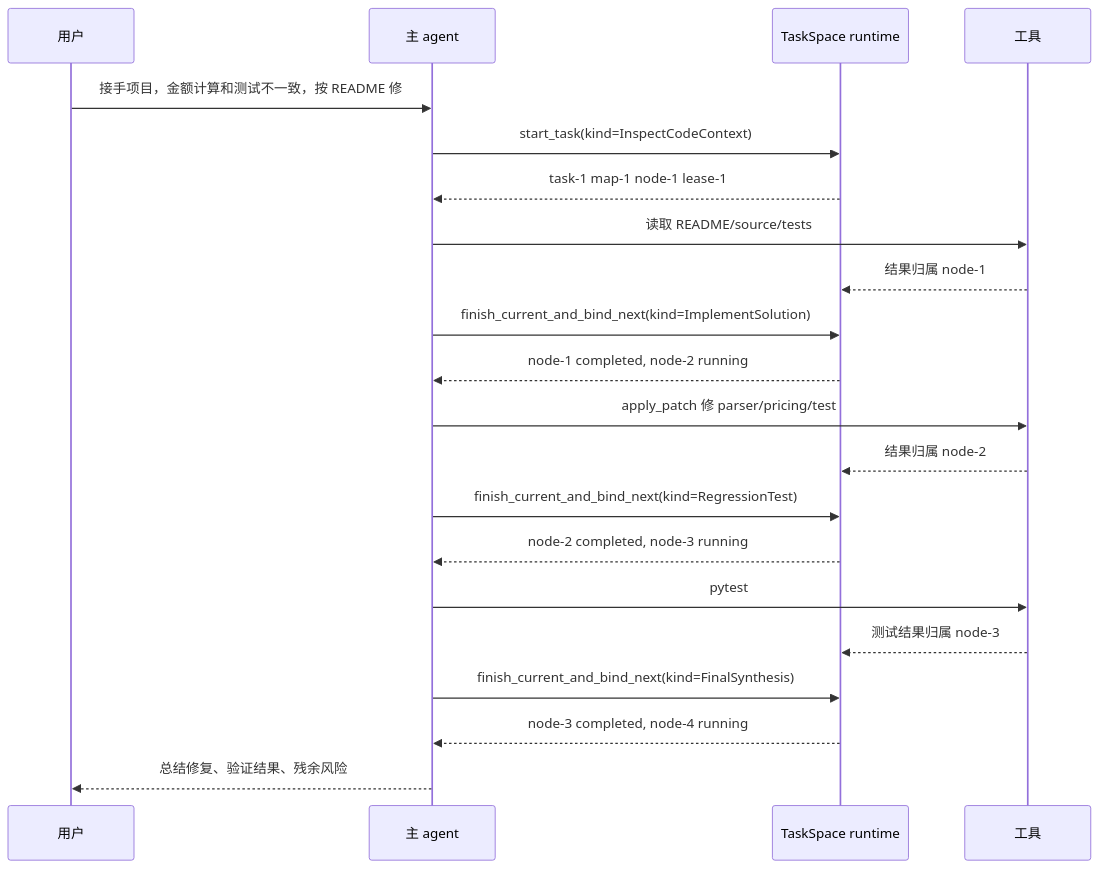
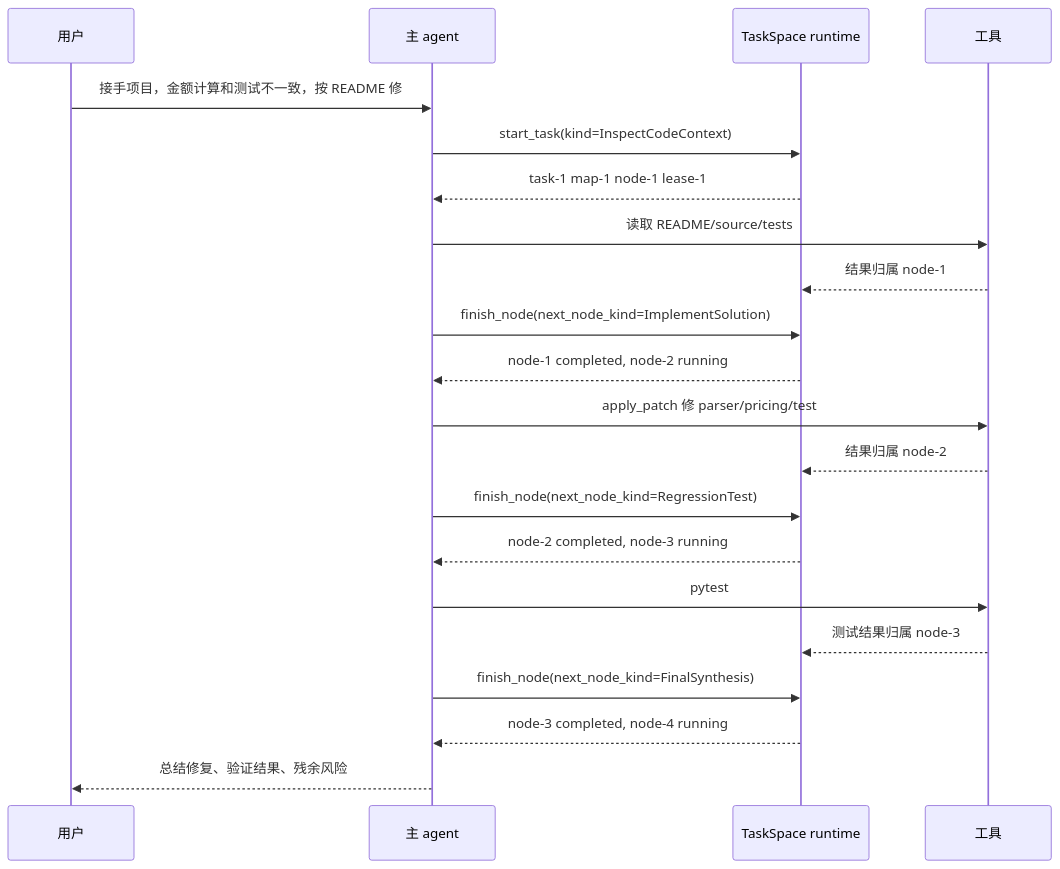
Before and after one commit to ceasarXuu/WhaleCode: the second of 5 diagrams in docs/plans/2026-05-28-map-driven-runtime-control-plane-design.md, drawn with Mermaid. The commit also changed other lines of this file, not shown here.

Commit message:
docs: detail taskspace runtime control engineering

````diff
--- a/docs/plans/2026-05-28-map-driven-runtime-control-plane-design.md
+++ b/docs/plans/2026-05-28-map-driven-runtime-control-plane-design.md
@@ -428,24 +429,24 @@
 ```mermaid
 sequenceDiagram
   participant User as 用户
   participant Agent as 主 agent
   participant Runtime as TaskSpace runtime
   participant Tools as 工具
 
   User->>Agent: 接手项目，金额计算和测试不一致，按 README 修
   Agent->>Runtime: start_task(kind=InspectCodeContext)
   Runtime-->>Agent: task-1 map-1 node-1 lease-1
   Agent->>Tools: 读取 README/source/tests
   Tools-->>Runtime: 结果归属 node-1
-  Agent->>Runtime: finish_current_and_bind_next(kind=ImplementSolution)
+  Agent->>Runtime: finish_node(next_node_kind=ImplementSolution)
   Runtime-->>Agent: node-1 completed, node-2 running
   Agent->>Tools: apply_patch 修 parser/pricing/test
   Tools-->>Runtime: 结果归属 node-2
-  Agent->>Runtime: finish_current_and_bind_next(kind=RegressionTest)
+  Agent->>Runtime: finish_node(next_node_kind=RegressionTest)
   Runtime-->>Agent: node-2 completed, node-3 running
   Agent->>Tools: pytest
   Tools-->>Runtime: 测试结果归属 node-3
-  Agent->>Runtime: finish_current_and_bind_next(kind=FinalSynthesis)
+  Agent->>Runtime: finish_node(next_node_kind=FinalSynthesis)
   Runtime-->>Agent: node-3 completed, node-4 running
   Agent-->>User: 总结修复、验证结果、残余风险
 ```
````
